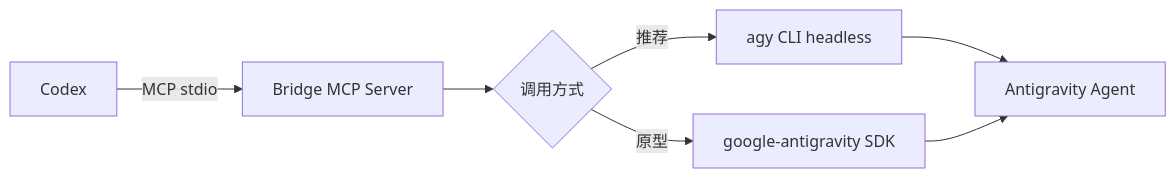
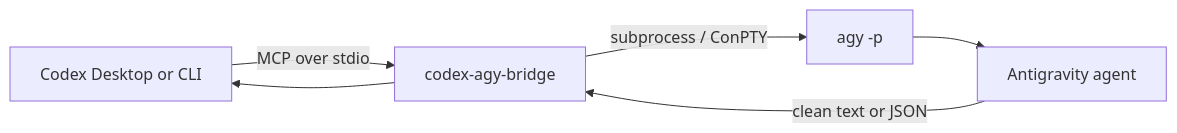
Before and after one commit to cocainejia-dev/codex-antigravity-bridge: the diagram in README.md, drawn with Mermaid. The commit also changed other lines of this file and 11 other files, not shown here.

Commit message:
refactor: keep Antigravity integration CLI-only

````diff
--- a/README.md
+++ b/README.md
@@ -15,9 +20,8 @@
 ```mermaid
 flowchart LR
-    A[Codex] -->|MCP stdio| B[Bridge MCP Server]
-    B --> C{调用方式}
-    C -->|推荐| D[agy CLI headless]
-    C -->|原型| E[google-antigravity SDK]
-    D --> F[Antigravity Agent]
-    E --> F
+    C[Codex Desktop or CLI] -->|MCP over stdio| B[codex-agy-bridge]
+    B -->|subprocess / ConPTY| A[agy -p]
+    A --> G[Antigravity agent]
+    G -->|clean text or JSON| B
+    B --> C
 ```
````
